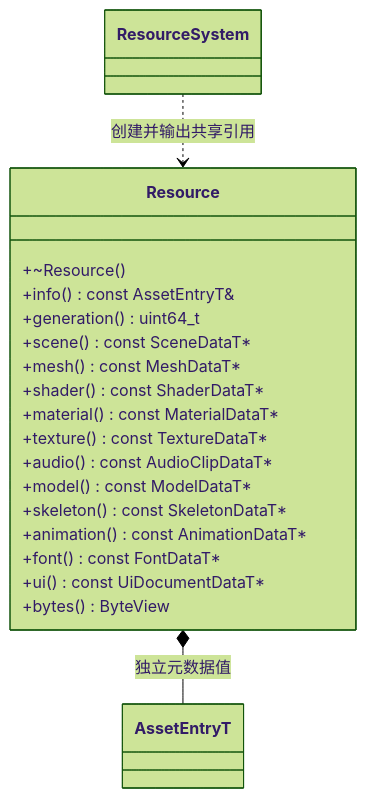
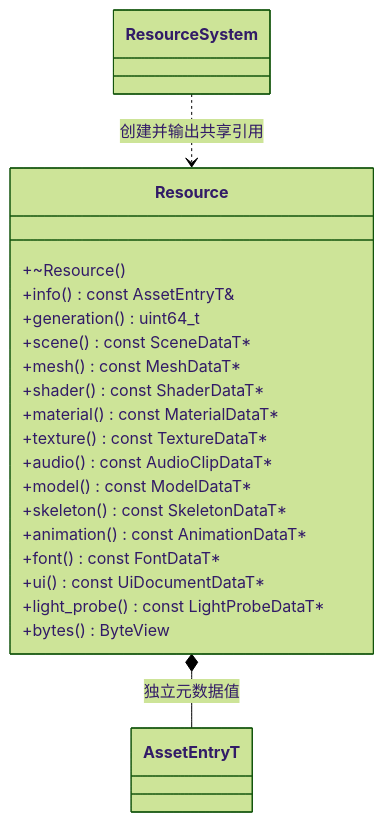
Before and after one commit to lcals/Engine: the first of 2 diagrams in docs/runtime/class-diagrams/resource.md, drawn with Mermaid (forest theme). The commit also changed other lines of this file and 305 other files, not shown here.

````diff
--- a/docs/runtime/class-diagrams/resource.md
+++ b/docs/runtime/class-diagrams/resource.md
@@ -7,24 +7,25 @@
 ```mermaid
 classDiagram
     class Resource {
         +~Resource()
         +info() const AssetEntryT&
         +generation() uint64_t
         +scene() const SceneDataT#42;
         +mesh() const MeshDataT#42;
         +shader() const ShaderDataT#42;
         +material() const MaterialDataT#42;
         +texture() const TextureDataT#42;
         +audio() const AudioClipDataT#42;
         +model() const ModelDataT#42;
         +skeleton() const SkeletonDataT#42;
         +animation() const AnimationDataT#42;
         +font() const FontDataT#42;
         +ui() const UiDocumentDataT#42;
+        +light_probe() const LightProbeDataT#42;
         +bytes() ByteView
     }
     class AssetEntryT
     class ResourceSystem
     Resource *-- AssetEntryT : 独立元数据值
     ResourceSystem ..> Resource : 创建并输出共享引用
 ```
````
